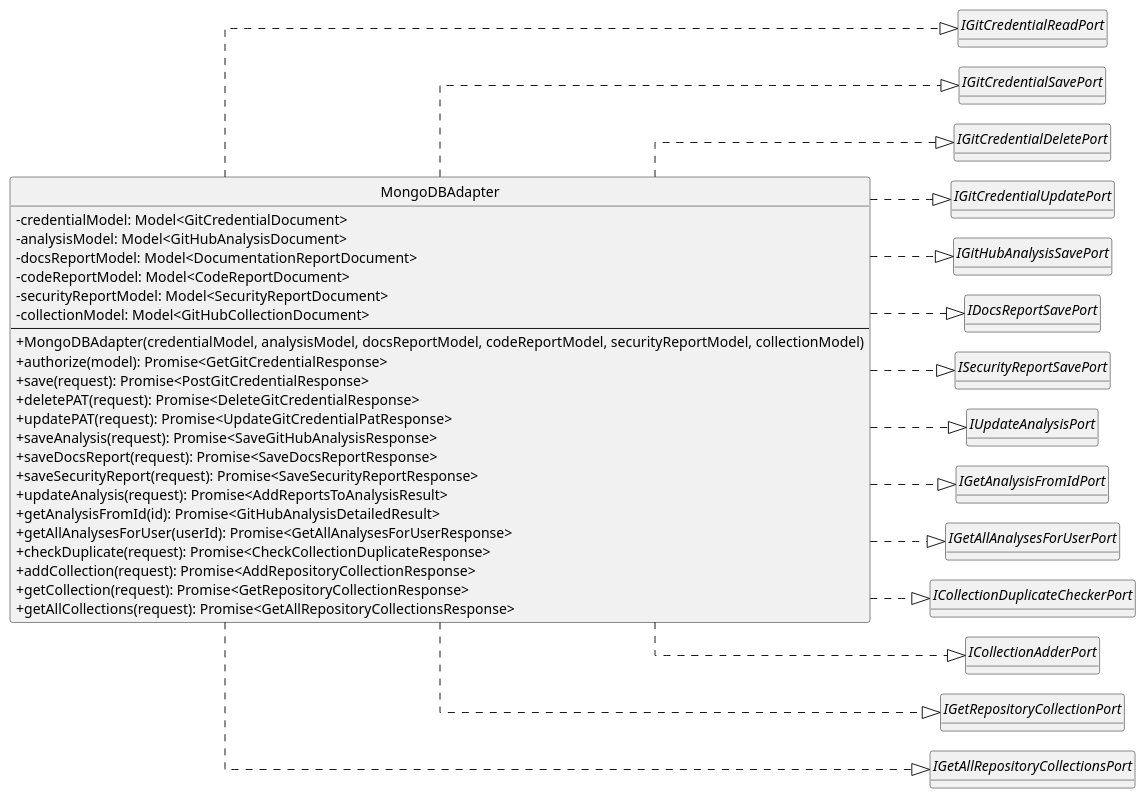
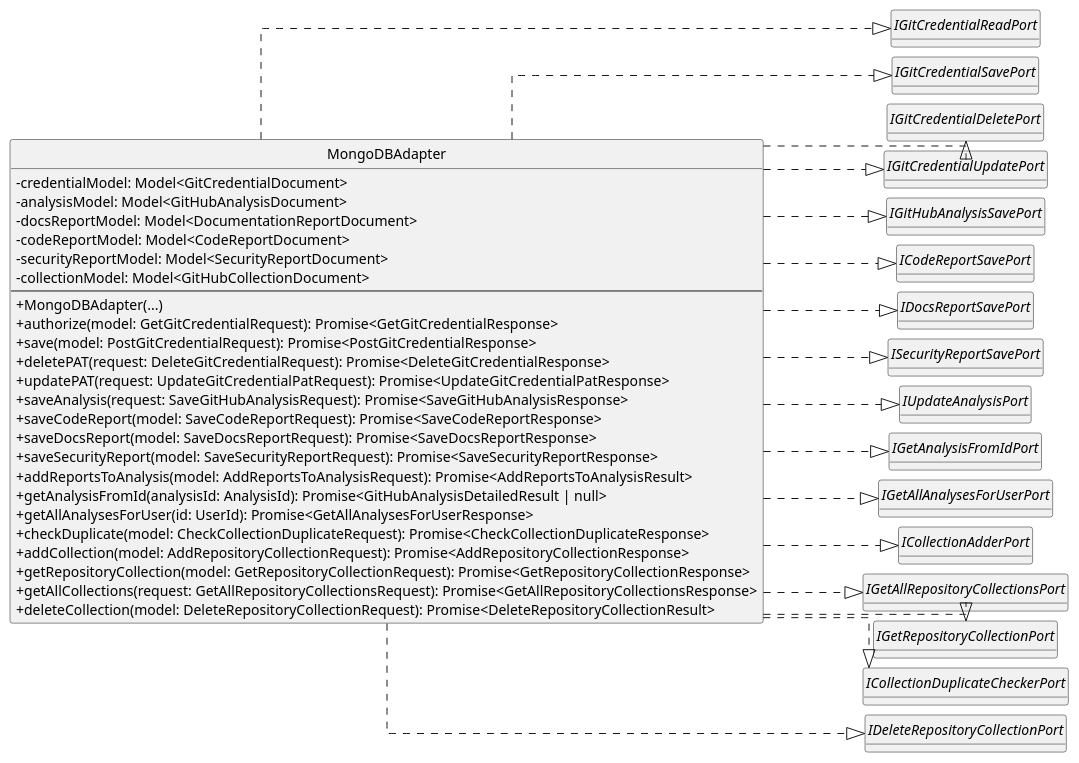
The diagram in assets/st_diagrams/code/plantuml/analysis/infrastructure/adapters/mongodb.adapter.plantuml (SkarabGroup/DocumentazioneProgetto), drawn with PlantUML before and after one commit. The commit also changed 4 other files, not shown here.

```diff
--- a/assets/st_diagrams/code/plantuml/analysis/infrastructure/adapters/mongodb.adapter.plantuml
+++ b/assets/st_diagrams/code/plantuml/analysis/infrastructure/adapters/mongodb.adapter.plantuml
@@ -1,69 +1,71 @@
 @startuml MongoDBAdapter
 skinparam componentStyle uml2.5
-' ECCO LA MAGIA: Sviluppa da sinistra a destra
 skinparam linetype ortho
 left to right direction 
-' Riduciamo un po' lo spazio verticale tra i nodini per non farlo diventare troppo alto
-skinparam nodesep 20 
-skinparam ranksep 60
+skinparam nodesep 10 
+skinparam ranksep 100
 skinparam ClassAttributeIconSize 0
 hide circles
 hide interface methods
 
 interface IGitCredentialReadPort
 interface IGitCredentialSavePort
 interface IGitCredentialDeletePort
 interface IGitCredentialUpdatePort
 interface IGitHubAnalysisSavePort
+interface ICodeReportSavePort
 interface IDocsReportSavePort
 interface ISecurityReportSavePort
 interface IUpdateAnalysisPort
 interface IGetAnalysisFromIdPort
 interface IGetAllAnalysesForUserPort
+interface ICollectionAdderPort
+interface IGetAllRepositoryCollectionsPort
+interface IGetRepositoryCollectionPort
 interface ICollectionDuplicateCheckerPort
-interface ICollectionAdderPort
-interface IGetRepositoryCollectionPort
-interface IGetAllRepositoryCollectionsPort
+interface IDeleteRepositoryCollectionPort
 
 class MongoDBAdapter {
     - credentialModel: Model<GitCredentialDocument>
     - analysisModel: Model<GitHubAnalysisDocument>
     - docsReportModel: Model<DocumentationReportDocument>
     - codeReportModel: Model<CodeReportDocument>
     - securityReportModel: Model<SecurityReportDocument>
     - collectionModel: Model<GitHubCollectionDocument>
     ---
-    + MongoDBAdapter(credentialModel, analysisModel, docsReportModel, codeReportModel, securityReportModel, collectionModel)
-    + authorize(model): Promise<GetGitCredentialResponse>
-    + save(request): Promise<PostGitCredentialResponse>
-    + deletePAT(request): Promise<DeleteGitCredentialResponse>
-    + updatePAT(request): Promise<UpdateGitCredentialPatResponse>
-    + saveAnalysis(request): Promise<SaveGitHubAnalysisResponse>
-    + saveDocsReport(request): Promise<SaveDocsReportResponse>
-    + saveSecurityReport(request): Promise<SaveSecurityReportResponse>
-    + updateAnalysis(request): Promise<AddReportsToAnalysisResult>
-    + getAnalysisFromId(id): Promise<GitHubAnalysisDetailedResult>
-    + getAllAnalysesForUser(userId): Promise<GetAllAnalysesForUserResponse>
-    + checkDuplicate(request): Promise<CheckCollectionDuplicateResponse>
-    + addCollection(request): Promise<AddRepositoryCollectionResponse>
-    + getCollection(request): Promise<GetRepositoryCollectionResponse>
-    + getAllCollections(request): Promise<GetAllRepositoryCollectionsResponse>
+    + MongoDBAdapter(...)
+    + authorize(model: GetGitCredentialRequest): Promise<GetGitCredentialResponse>
+    + save(model: PostGitCredentialRequest): Promise<PostGitCredentialResponse>
+    + deletePAT(request: DeleteGitCredentialRequest): Promise<DeleteGitCredentialResponse>
+    + updatePAT(request: UpdateGitCredentialPatRequest): Promise<UpdateGitCredentialPatResponse>
+    + saveAnalysis(request: SaveGitHubAnalysisRequest): Promise<SaveGitHubAnalysisResponse>
+    + saveCodeReport(model: SaveCodeReportRequest): Promise<SaveCodeReportResponse>
+    + saveDocsReport(model: SaveDocsReportRequest): Promise<SaveDocsReportResponse>
+    + saveSecurityReport(model: SaveSecurityReportRequest): Promise<SaveSecurityReportResponse>
+    + addReportsToAnalysis(model: AddReportsToAnalysisRequest): Promise<AddReportsToAnalysisResult>
+    + getAnalysisFromId(analysisId: AnalysisId): Promise<GitHubAnalysisDetailedResult | null>
+    + getAllAnalysesForUser(id: UserId): Promise<GetAllAnalysesForUserResponse>
+    + checkDuplicate(model: CheckCollectionDuplicateRequest): Promise<CheckCollectionDuplicateResponse>
+    + addCollection(model: AddRepositoryCollectionRequest): Promise<AddRepositoryCollectionResponse>
+    + getRepositoryCollection(model: GetRepositoryCollectionRequest): Promise<GetRepositoryCollectionResponse>
+    + getAllCollections(request: GetAllRepositoryCollectionsRequest): Promise<GetAllRepositoryCollectionsResponse>
+    + deleteCollection(model: DeleteRepositoryCollectionRequest): Promise<DeleteRepositoryCollectionResult>
 }
 
 MongoDBAdapter ..|> IGitCredentialReadPort
 MongoDBAdapter ..|> IGitCredentialSavePort
 MongoDBAdapter ..|> IGitCredentialDeletePort
 MongoDBAdapter ..|> IGitCredentialUpdatePort
 MongoDBAdapter ..|> IGitHubAnalysisSavePort
+MongoDBAdapter ..|> ICodeReportSavePort
 MongoDBAdapter ..|> IDocsReportSavePort
 MongoDBAdapter ..|> ISecurityReportSavePort
-
-
 MongoDBAdapter ..|> IUpdateAnalysisPort
 MongoDBAdapter ..|> IGetAnalysisFromIdPort
 MongoDBAdapter ..|> IGetAllAnalysesForUserPort
+MongoDBAdapter ..|> ICollectionAdderPort
+MongoDBAdapter ..|> IGetAllRepositoryCollectionsPort
+MongoDBAdapter ..|> IGetRepositoryCollectionPort
 MongoDBAdapter ..|> ICollectionDuplicateCheckerPort
-MongoDBAdapter ..|> ICollectionAdderPort
-MongoDBAdapter ..|> IGetRepositoryCollectionPort
-MongoDBAdapter ..|> IGetAllRepositoryCollectionsPort
+MongoDBAdapter ..|> IDeleteRepositoryCollectionPort
 @enduml
```
